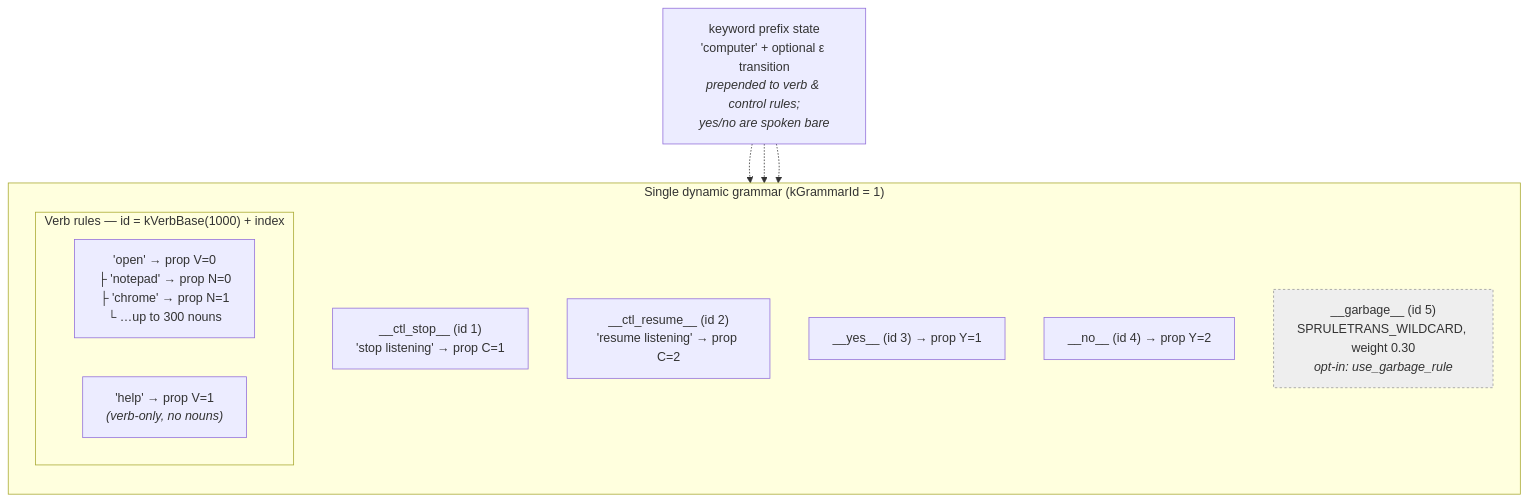
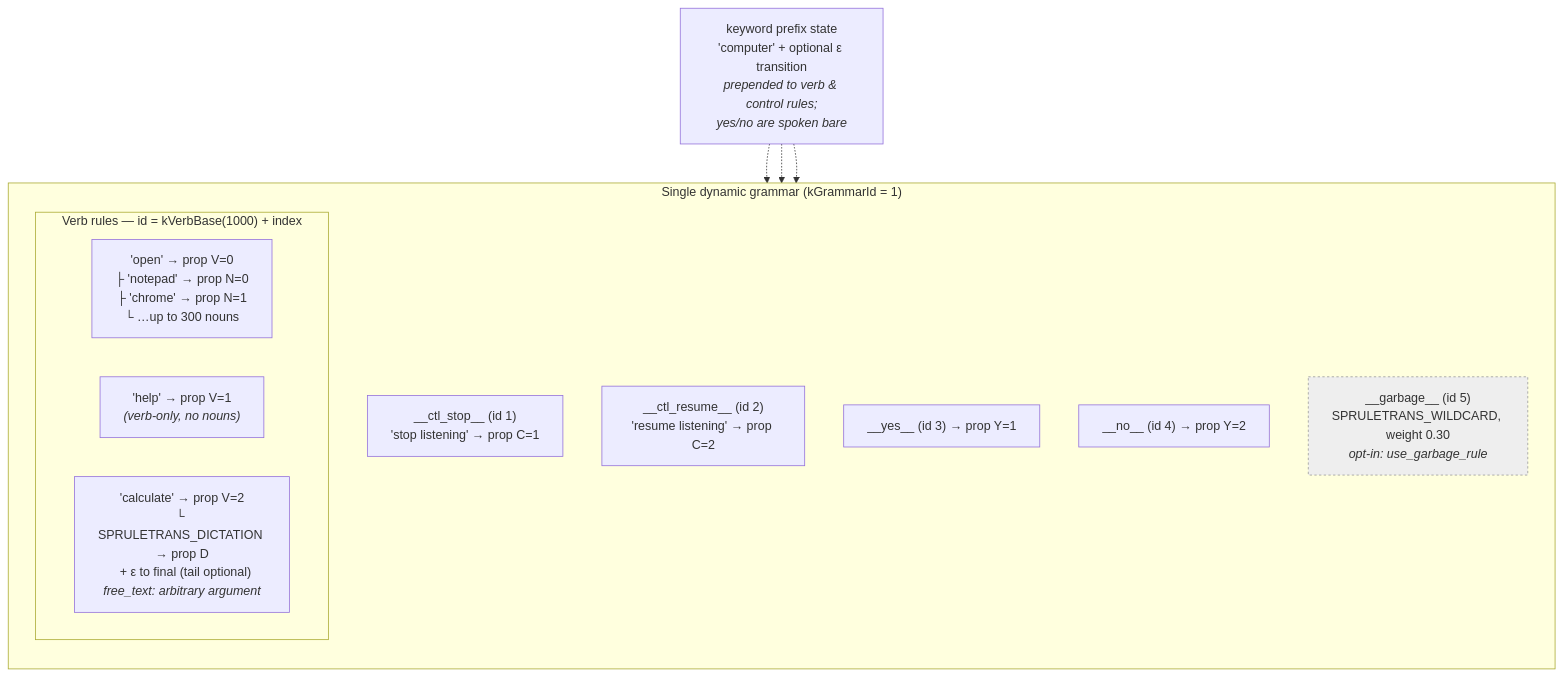
Before and after one commit to GChristensen/enso-portable: the fifth of 11 diagrams in platform/win32/VoiceCmd/readme.md, drawn with Mermaid. The commit also changed other lines of this file and 18 other files, not shown here.

````diff
--- a/platform/win32/VoiceCmd/readme.md
+++ b/platform/win32/VoiceCmd/readme.md
@@ -364,22 +367,23 @@
 ```mermaid
 graph TB
     subgraph G["Single dynamic grammar (kGrammarId = 1)"]
         direction TB
         subgraph VR["Verb rules — id = kVerbBase(1000) + index"]
             V0["'open' → prop V=0<br/>├ 'notepad' → prop N=0<br/>├ 'chrome'  → prop N=1<br/>└ …up to 300 nouns"]
             V1["'help' → prop V=1<br/><i>(verb-only, no nouns)</i>"]
+            V2["'calculate' → prop V=2<br/>└ SPRULETRANS_DICTATION → prop D<br/>&nbsp;&nbsp;+ ε to final (tail optional)<br/><i>free_text: arbitrary argument</i>"]
         end
         C1["__ctl_stop__ (id 1)<br/>'stop listening' → prop C=1"]
         C2["__ctl_resume__ (id 2)<br/>'resume listening' → prop C=2"]
         Y["__yes__ (id 3) → prop Y=1"]
         N["__no__ (id 4) → prop Y=2"]
         GB["__garbage__ (id 5)<br/>SPRULETRANS_WILDCARD, weight 0.30<br/><i>opt-in: use_garbage_rule</i>"]
     end
 
     KW["keyword prefix state<br/>'computer' + optional ε transition<br/><i>prepended to verb & control rules;<br/>yes/no are spoken bare</i>"]
     KW -.-> VR
     KW -.-> C1
     KW -.-> C2
 
     style GB fill:#eee,stroke:#999,stroke-dasharray:3 3
 ```
````
